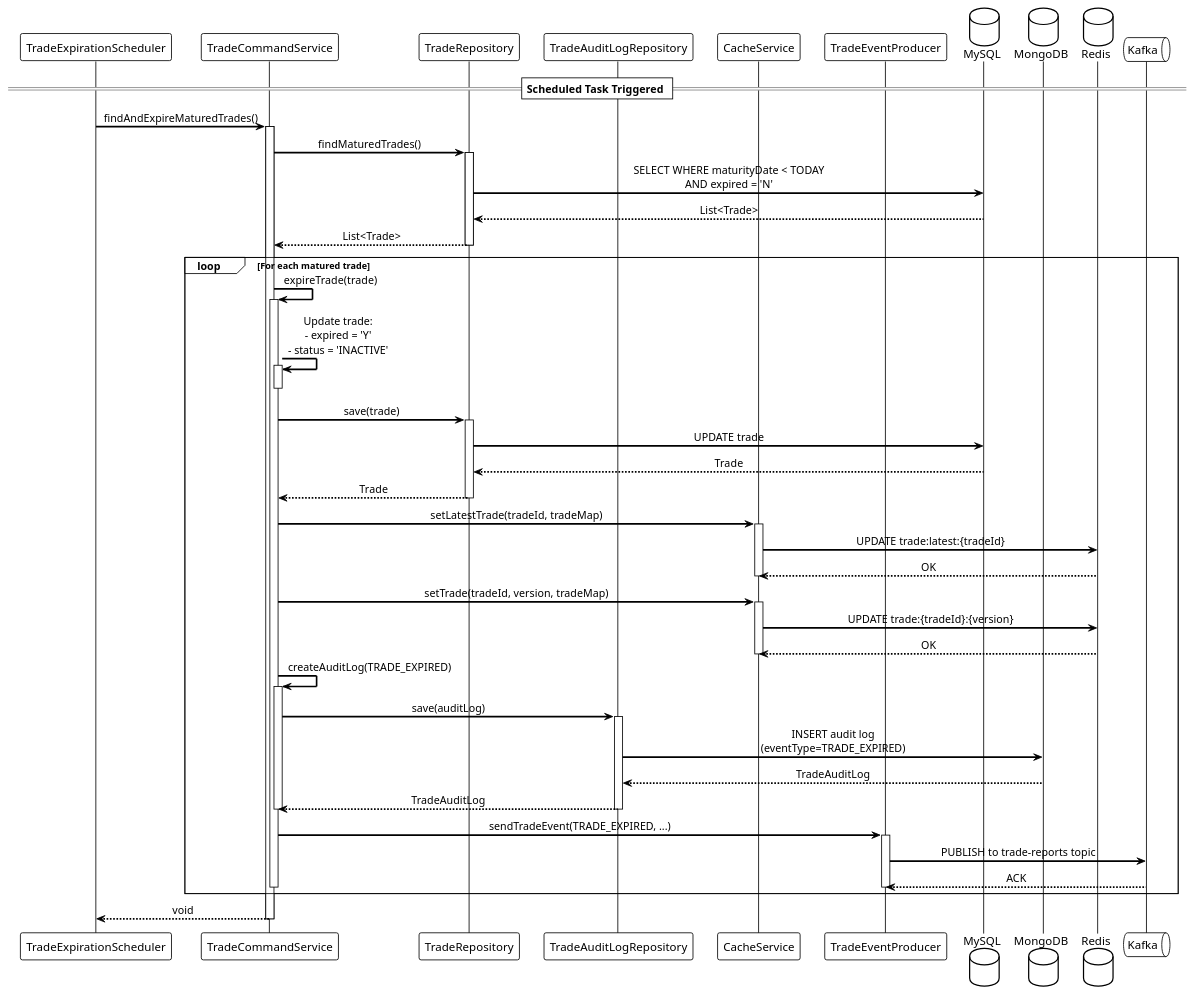
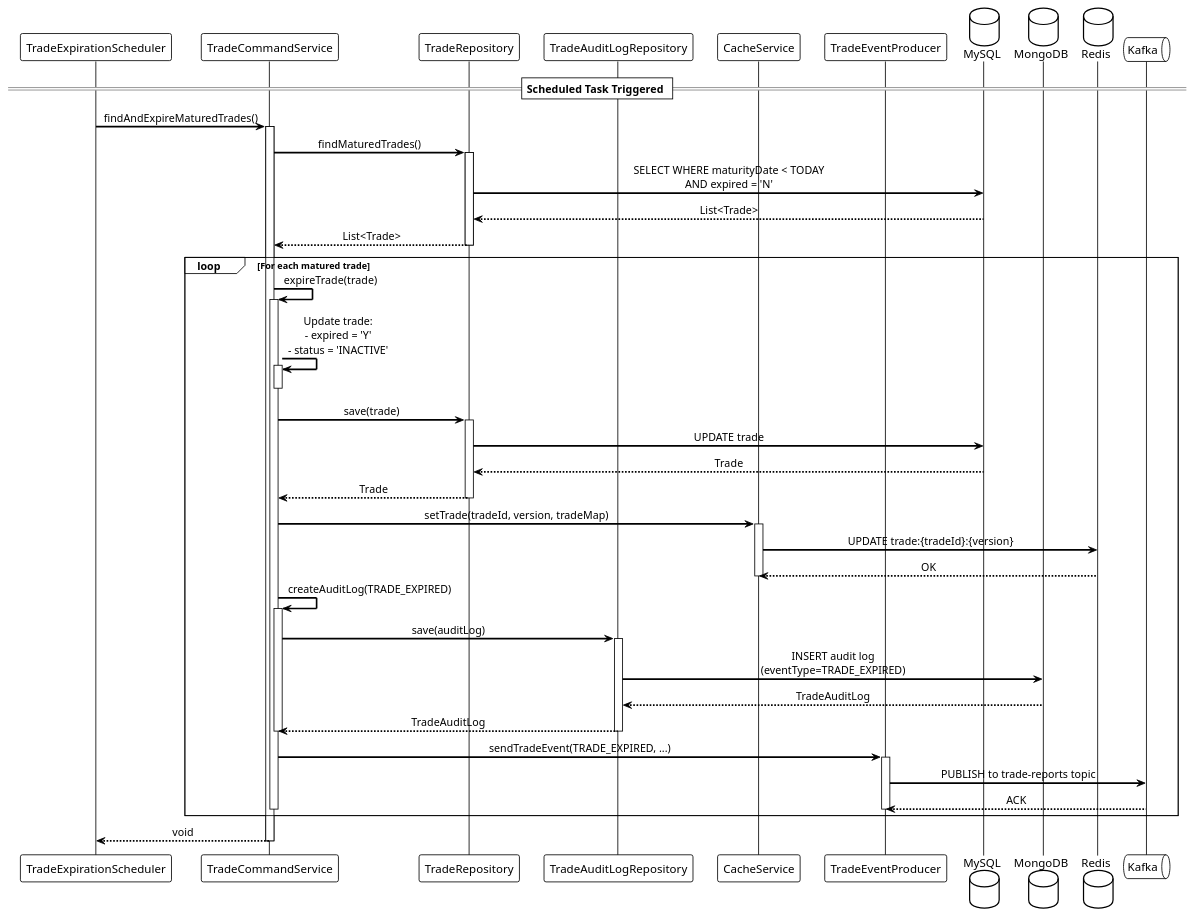
The diagram in backend/diagrams/sequence-trade-expiration.puml (mukizonese/trade-platform), drawn with PlantUML before and after one commit. The commit also changed 28 other files, not shown here.

Commit message:
PlantUML updated for AI. CircuitBreaker Live Test added.

```diff
--- a/backend/diagrams/sequence-trade-expiration.puml
+++ b/backend/diagrams/sequence-trade-expiration.puml
@@ -1,80 +1,74 @@
 @startuml Trade Expiration Scheduler
 
 !theme plain
 skinparam backgroundColor #FFFFFF
 skinparam sequenceMessageAlign center
 skinparam sequenceArrowThickness 2
 
 participant TradeExpirationScheduler
 participant TradeCommandService
 participant TradeRepository
 participant TradeAuditLogRepository
 participant CacheService
 participant TradeEventProducer
 database MySQL
 database MongoDB
 database Redis
 queue Kafka
 
 == Scheduled Task Triggered ==
 
 TradeExpirationScheduler -> TradeCommandService: findAndExpireMaturedTrades()
 activate TradeCommandService
 
 TradeCommandService -> TradeRepository: findMaturedTrades()
 activate TradeRepository
 TradeRepository -> MySQL: SELECT WHERE maturityDate < TODAY\nAND expired = 'N'
 MySQL --> TradeRepository: List<Trade>
 TradeRepository --> TradeCommandService: List<Trade>
 deactivate TradeRepository
 
 loop For each matured trade
     TradeCommandService -> TradeCommandService: expireTrade(trade)
     activate TradeCommandService
     
     TradeCommandService -> TradeCommandService: Update trade:\n- expired = 'Y'\n- status = 'INACTIVE'
     activate TradeCommandService
     deactivate TradeCommandService
     
     TradeCommandService -> TradeRepository: save(trade)
     activate TradeRepository
     TradeRepository -> MySQL: UPDATE trade
     MySQL --> TradeRepository: Trade
     TradeRepository --> TradeCommandService: Trade
     deactivate TradeRepository
     
-    TradeCommandService -> CacheService: setLatestTrade(tradeId, tradeMap)
-    activate CacheService
-    CacheService -> Redis: UPDATE trade:latest:{tradeId}
-    Redis --> CacheService: OK
-    deactivate CacheService
-    
     TradeCommandService -> CacheService: setTrade(tradeId, version, tradeMap)
     activate CacheService
     CacheService -> Redis: UPDATE trade:{tradeId}:{version}
     Redis --> CacheService: OK
     deactivate CacheService
     
     TradeCommandService -> TradeCommandService: createAuditLog(TRADE_EXPIRED)
     activate TradeCommandService
     TradeCommandService -> TradeAuditLogRepository: save(auditLog)
     activate TradeAuditLogRepository
     TradeAuditLogRepository -> MongoDB: INSERT audit log\n(eventType=TRADE_EXPIRED)
     MongoDB --> TradeAuditLogRepository: TradeAuditLog
     TradeAuditLogRepository --> TradeCommandService: TradeAuditLog
     deactivate TradeAuditLogRepository
     deactivate TradeCommandService
     
     TradeCommandService -> TradeEventProducer: sendTradeEvent(TRADE_EXPIRED, ...)
     activate TradeEventProducer
     TradeEventProducer -> Kafka: PUBLISH to trade-reports topic
     Kafka --> TradeEventProducer: ACK
     deactivate TradeEventProducer
     
     deactivate TradeCommandService
 end
 
 TradeCommandService --> TradeExpirationScheduler: void
 deactivate TradeCommandService
 
 @enduml
```
